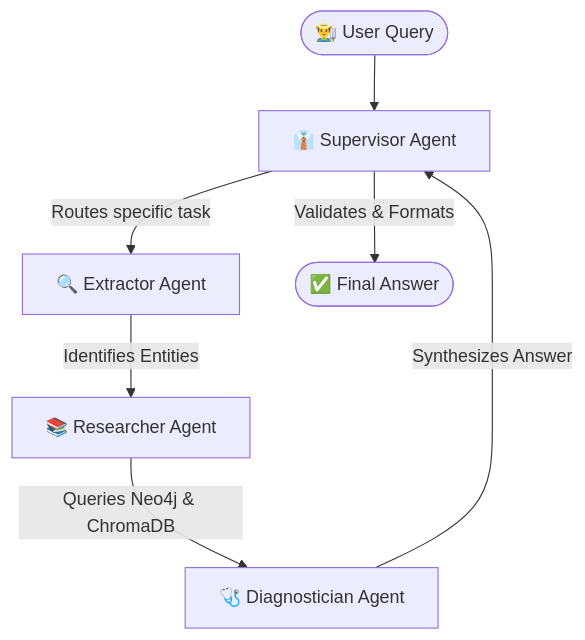
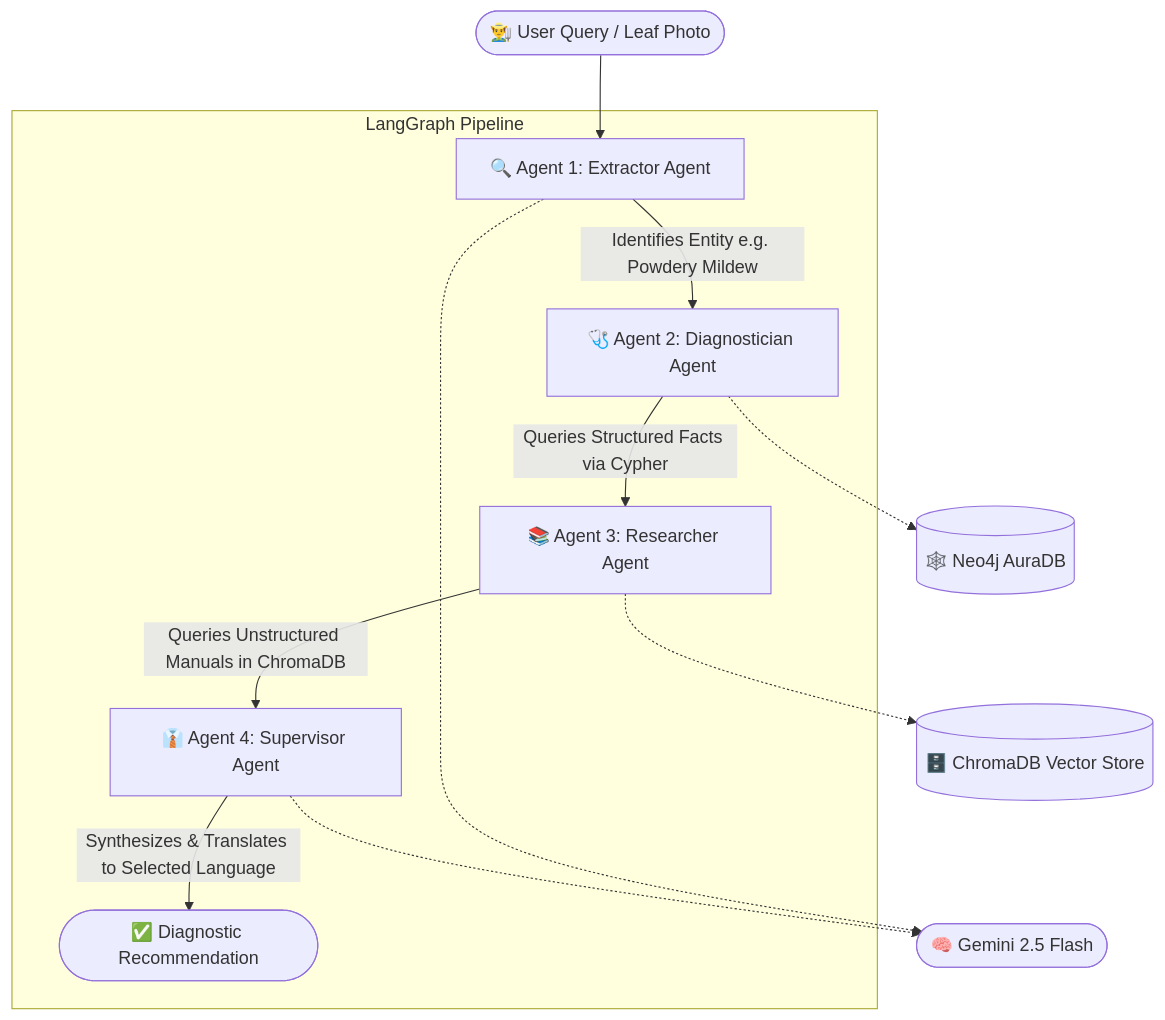
The first of 4 diagrams in README.md (Abhi318-hash/grape-graph-rag), drawn with Mermaid before and after one commit. The commit also changed other lines of this file, not shown here.

Commit message:
Docs: Update README with comprehensive features, class diagrams, and data models

````diff
--- a/README.md
+++ b/README.md
@@ -31,12 +48,16 @@
 ```mermaid
 graph TD
-    User([👨‍🌾 User Query]) --> Supervisor[👔 Supervisor Agent]
+    User([👨‍🌾 User Query / Leaf Photo]) --> Extractor[🔍 Agent 1: Extractor Agent]
     
-    Supervisor --> |Routes specific task| Extractor[🔍 Extractor Agent]
-    Extractor --> |Identifies Entities| Researcher[📚 Researcher Agent]
-    
-    Researcher --> |Queries Neo4j & ChromaDB| Diagnostician[🩺 Diagnostician Agent]
-    
-    Diagnostician --> |Synthesizes Answer| Supervisor
-    Supervisor --> |Validates & Formats| Output([✅ Final Answer])
+    subgraph LangGraph Pipeline
+        Extractor --> |Identifies Entity e.g. Powdery Mildew| Diagnostician[🩺 Agent 2: Diagnostician Agent]
+        Diagnostician --> |Queries Structured Facts via Cypher| Researcher[📚 Agent 3: Researcher Agent]
+        Researcher --> |Queries Unstructured Manuals in ChromaDB| Supervisor[👔 Agent 4: Supervisor Agent]
+        Supervisor --> |Synthesizes & Translates to Selected Language| FinalOutput([✅ Diagnostic Recommendation])
+    end
+
+    Diagnostician -.-> Neo4j[(🕸️ Neo4j AuraDB)]
+    Researcher -.-> Chroma[(🗄️ ChromaDB Vector Store)]
+    Extractor -.-> Gemini([🧠 Gemini 2.5 Flash])
+    Supervisor -.-> Gemini
 ```
````
